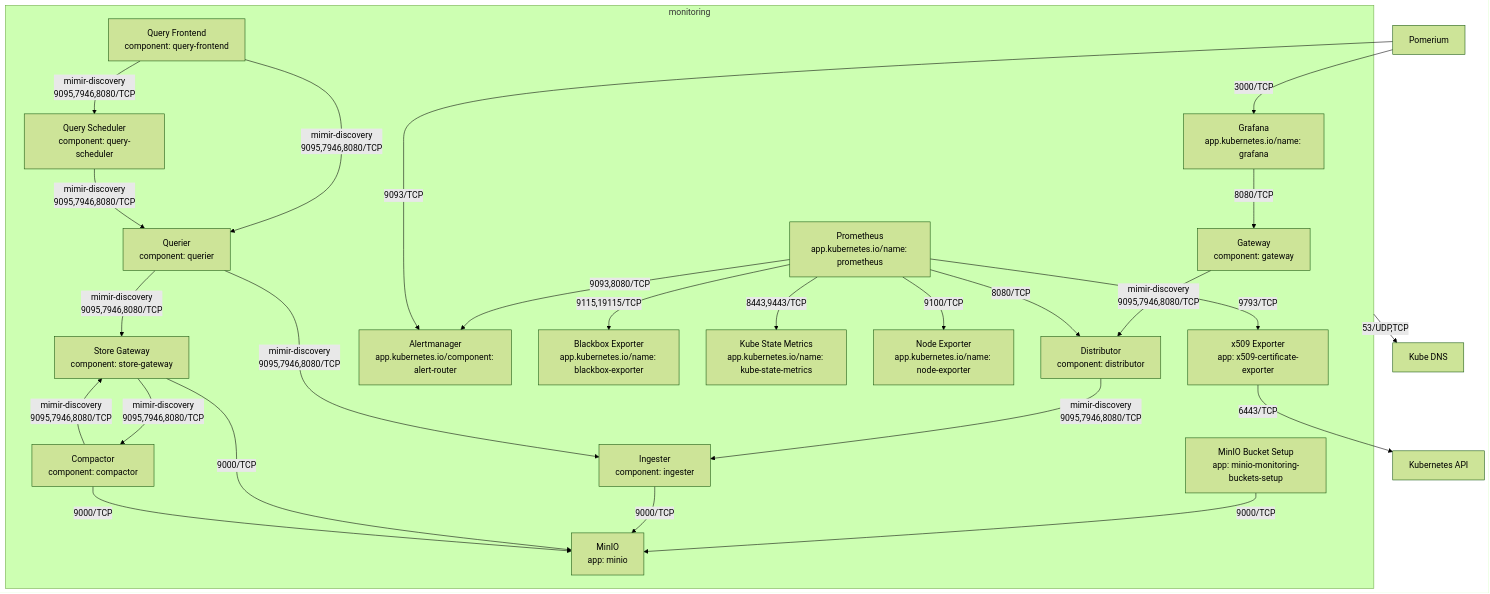
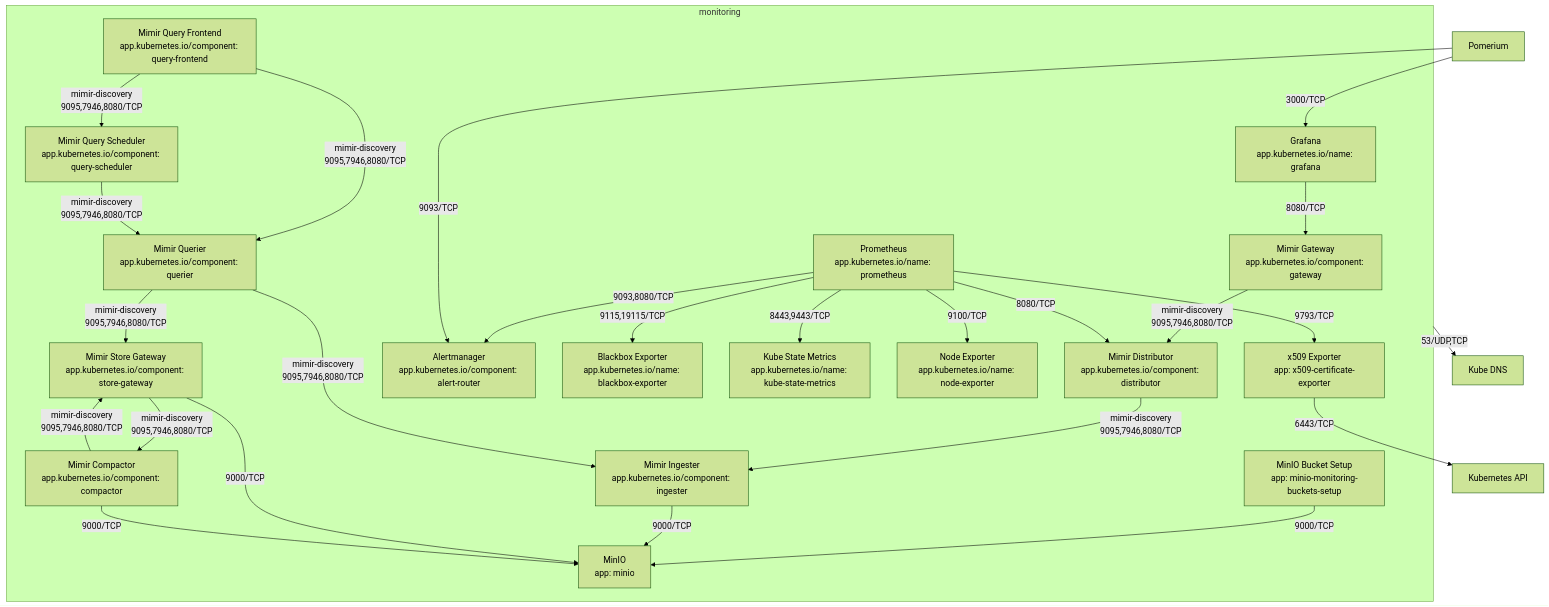
The diagram in docs/network-policies/modules/monitoring/mimir.md (sighupio/fury-distribution), drawn with Mermaid (forest theme) before and after one commit. The commit also changed 1 other file, not shown here.

Commit message:
fix(docs): fix names in monitoring network policies

````diff
--- a/docs/network-policies/modules/monitoring/mimir.md
+++ b/docs/network-policies/modules/monitoring/mimir.md
@@ -3,51 +3,51 @@
 ```mermaid
 graph TD
    %% Namespace
    subgraph monitoring
-       gateway[Gateway<br/>component: gateway]
-       distributor[Distributor<br/>component: distributor]
-       ingester[Ingester<br/>component: ingester]
-       querier[Querier<br/>component: querier]
-       qfront[Query Frontend<br/>component: query-frontend]
-       qsched[Query Scheduler<br/>component: query-scheduler]
-       store[Store Gateway<br/>component: store-gateway]
-       compactor[Compactor<br/>component: compactor]
+       gateway[Mimir Gateway<br/>app.kubernetes.io/component: gateway]
+       distributor[Mimir Distributor<br/>app.kubernetes.io/component: distributor]
+       ingester[Mimir Ingester<br/>app.kubernetes.io/component: ingester]
+       querier[Mimir Querier<br/>app.kubernetes.io/component: querier]
+       qfront[Mimir Query Frontend<br/>app.kubernetes.io/component: query-frontend]
+       qsched[Mimir Query Scheduler<br/>app.kubernetes.io/component: query-scheduler]
+       store[Mimir Store Gateway<br/>app.kubernetes.io/component: store-gateway]
+       compactor[Mimir Compactor<br/>app.kubernetes.io/component: compactor]
        grafana[Grafana<br/>app.kubernetes.io/name: grafana]
        prom[Prometheus<br/>app.kubernetes.io/name: prometheus]
        am[Alertmanager<br/>app.kubernetes.io/component: alert-router]
        bb[Blackbox Exporter<br/>app.kubernetes.io/name: blackbox-exporter]
        ksm[Kube State Metrics<br/>app.kubernetes.io/name: kube-state-metrics]
        ne[Node Exporter<br/>app.kubernetes.io/name: node-exporter]
        x509[x509 Exporter<br/>app: x509-certificate-exporter]
        minio[MinIO<br/>app: minio]
        bucket[MinIO Bucket Setup<br/>app: minio-monitoring-buckets-setup]
    end
 
    %% External and K8s Core Components
    api[Kubernetes API]
    dns[Kube DNS]
 
    %% Edges
    monitoring -->|"53/UDP,TCP"| dns
    bucket -->|"9000/TCP"| minio
    qfront -->|"mimir-discovery<br/>9095,7946,8080/TCP"| qsched
    qfront -->|"mimir-discovery<br/>9095,7946,8080/TCP"| querier
    gateway -->|"mimir-discovery<br/>9095,7946,8080/TCP"| distributor
    distributor -->|"mimir-discovery<br/>9095,7946,8080/TCP"| ingester
    qsched -->|"mimir-discovery<br/>9095,7946,8080/TCP"| querier
    querier -->|"mimir-discovery<br/>9095,7946,8080/TCP"| store
    querier -->|"mimir-discovery<br/>9095,7946,8080/TCP"| ingester
    store -->|"mimir-discovery<br/>9095,7946,8080/TCP"| compactor
    compactor -->|"mimir-discovery<br/>9095,7946,8080/TCP"| store
    ingester & store & compactor -->|"9000/TCP"| minio
    grafana -->|"8080/TCP"| gateway
    prom -->|"8080/TCP"| distributor
    prom -->|"9115,19115/TCP"| bb
    prom -->|"8443,9443/TCP"| ksm
    prom -->|"9100/TCP"| ne
    prom -->|"9793/TCP"| x509
    prom -->|"9093,8080/TCP"| am
    pom[Pomerium] -->|"3000/TCP"| grafana
    pom -->|"9093/TCP"| am
    x509 -->|"6443/TCP"| api
 ```
````
